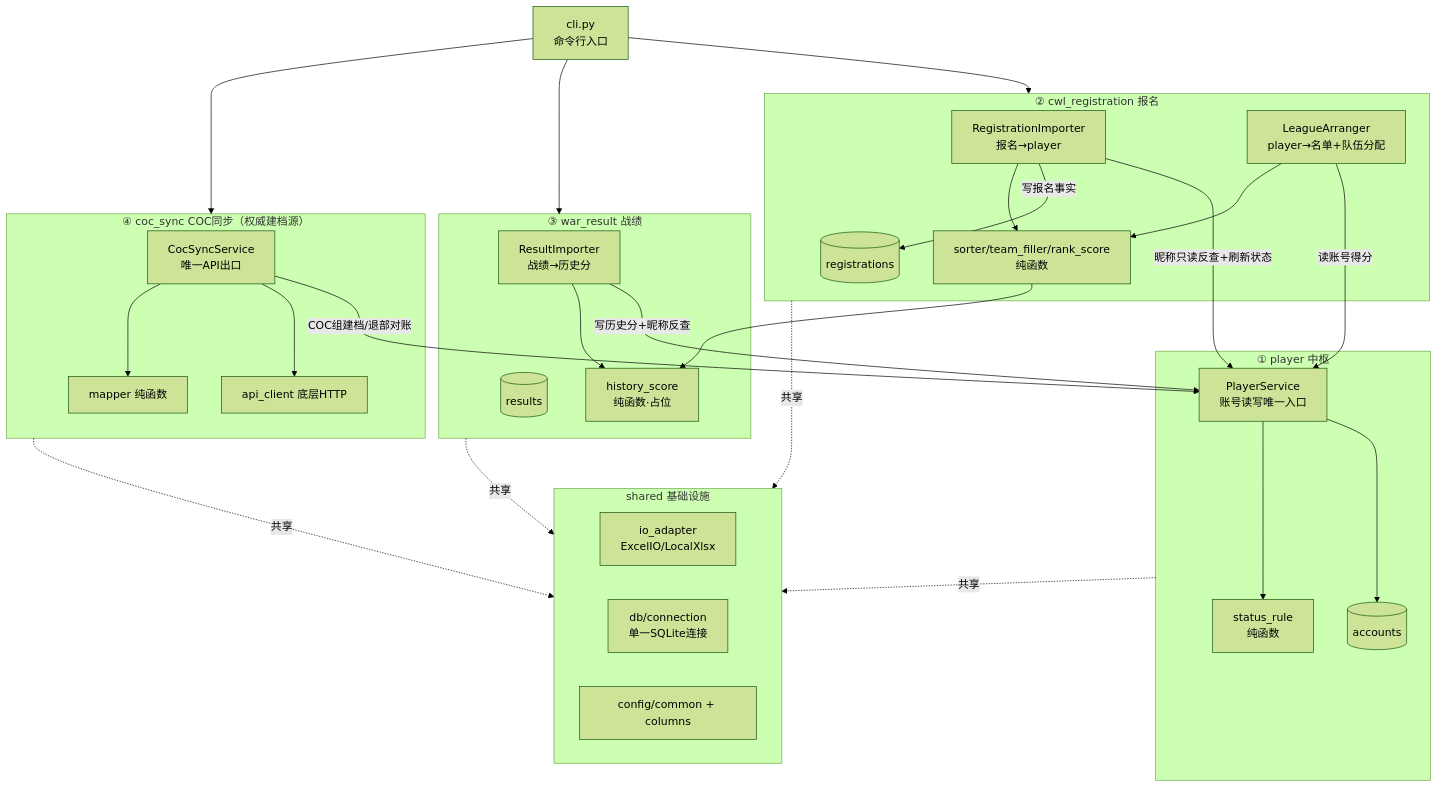
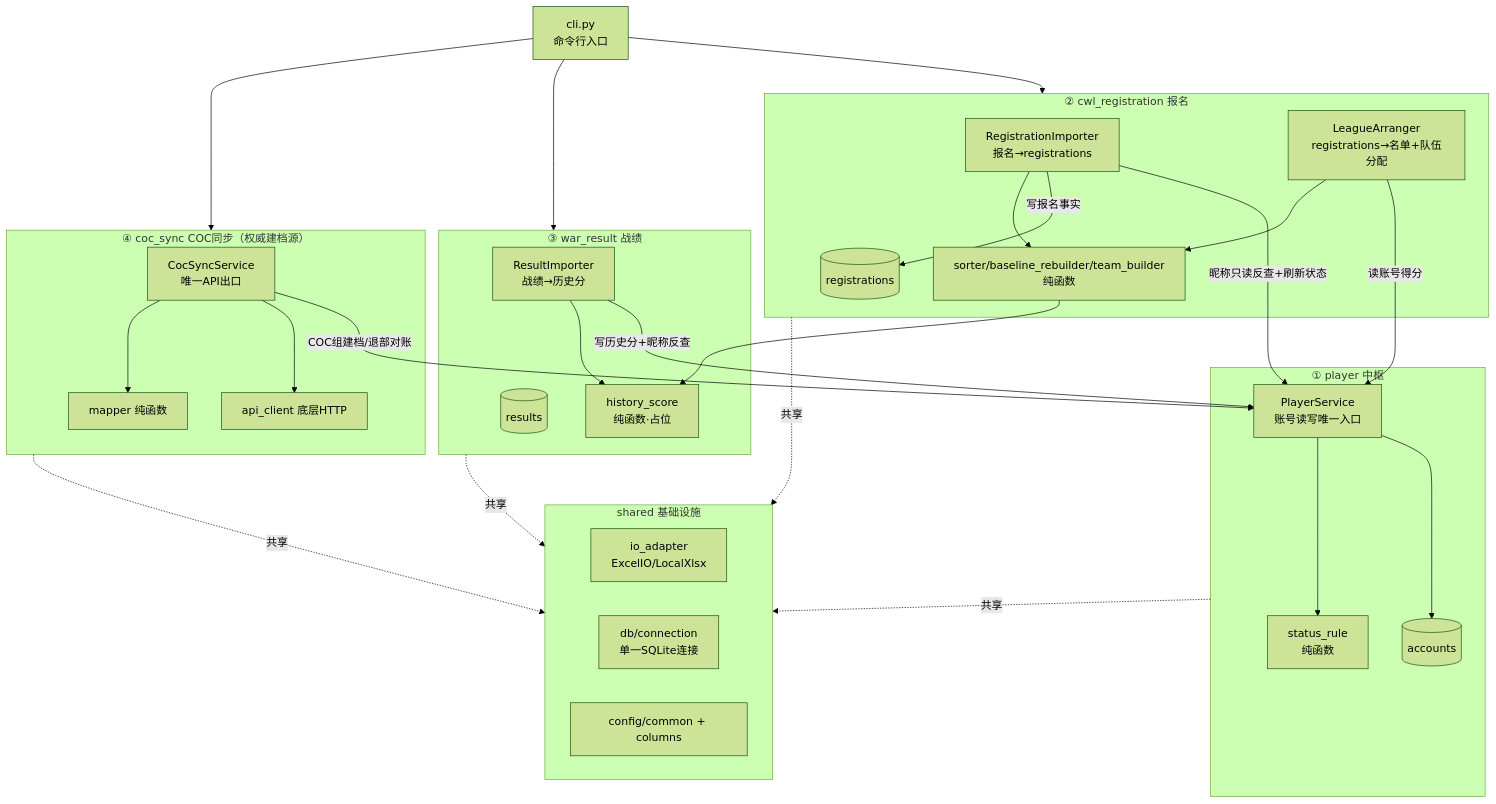
One commit to Pluto1944/sky-admin changed the first of 4 diagrams in docs/01-architecture.md. Above: the diagram before and after it, drawn with Mermaid (forest theme). The commit also changed other lines of this file and 11 other files, not shown here.

````diff
--- a/docs/01-architecture.md
+++ b/docs/01-architecture.md
@@ -54,45 +54,45 @@
 ```mermaid
 flowchart TD
     CLI[cli.py<br/>命令行入口]
 
     subgraph M2["② cwl_registration 报名"]
-        IMP[RegistrationImporter<br/>报名→player]
-        ROS[LeagueArranger<br/>player→名单+队伍分配]
-        SORT[sorter/team_filler/rank_score<br/>纯函数]
+        IMP[RegistrationImporter<br/>报名→registrations]
+        ROS[LeagueArranger<br/>registrations→名单+队伍分配]
+        SORT[sorter/baseline_rebuilder/team_builder<br/>纯函数]
         RR[(registrations)]
     end
     subgraph M3["③ war_result 战绩"]
         RES[ResultImporter<br/>战绩→历史分]
         HS[history_score<br/>纯函数·占位]
         RES2[(results)]
     end
     subgraph M4["④ coc_sync COC同步（权威建档源）"]
         COC[CocSyncService<br/>唯一API出口]
         MAP[mapper 纯函数]
         API4[api_client 底层HTTP]
     end
     subgraph M1["① player 中枢"]
         PSVC[PlayerService<br/>账号读写唯一入口]
         ST[status_rule<br/>纯函数]
         PR[(accounts)]
     end
     subgraph INFRA["shared 基础设施"]
         IO[io_adapter<br/>ExcelIO/LocalXlsx]
         DB[db/connection<br/>单一SQLite连接]
         CFG[config/common + columns]
     end
 
     CLI --> M2 & M3 & M4
     IMP -->|昵称只读反查+刷新状态| PSVC
     IMP -->|写报名事实| RR
     ROS -->|读账号得分| PSVC
     RES -->|写历史分+昵称反查| PSVC
     COC -->|COC组建档/退部对账| PSVC
     COC --> API4 & MAP
     IMP --> SORT
     ROS --> SORT --> HS
     RES --> HS
     PSVC --> PR & ST
     M2 & M3 & M4 -.共享.-> INFRA
     M1 -.共享.-> INFRA
 ```
````
